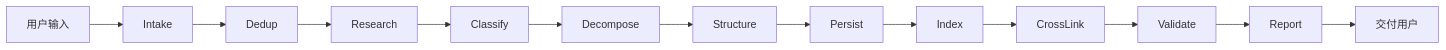
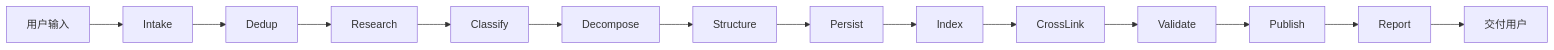
Before and after one commit to xzcjx/ai-study-center: the diagram in docs/WORKFLOW.md, drawn with Mermaid. The commit also changed other lines of this file and 9 other files, not shown here.

````diff
--- a/docs/WORKFLOW.md
+++ b/docs/WORKFLOW.md
@@ -9,15 +9,16 @@
 ```mermaid
 flowchart LR
   U[用户输入] --> H01
   H01[Intake] --> H02[Dedup]
   H02 --> H03[Research]
   H03 --> H04[Classify]
   H04 --> H05[Decompose]
   H05 --> H06[Structure]
   H06 --> H07[Persist]
   H07 --> H08[Index]
   H08 --> H09[CrossLink]
   H09 --> H10[Validate]
-  H10 --> H11[Report]
+  H10 --> H12[Publish]
+  H12 --> H11[Report]
   H11 --> D[交付用户]
 ```
````
